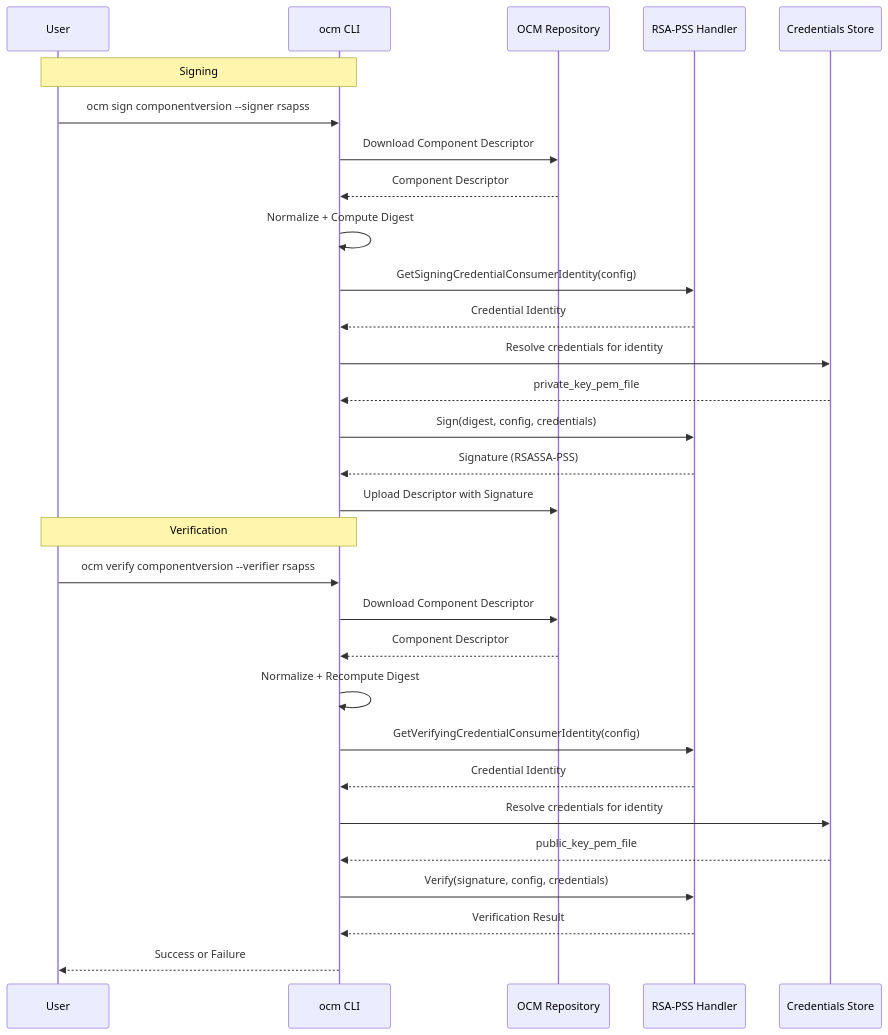
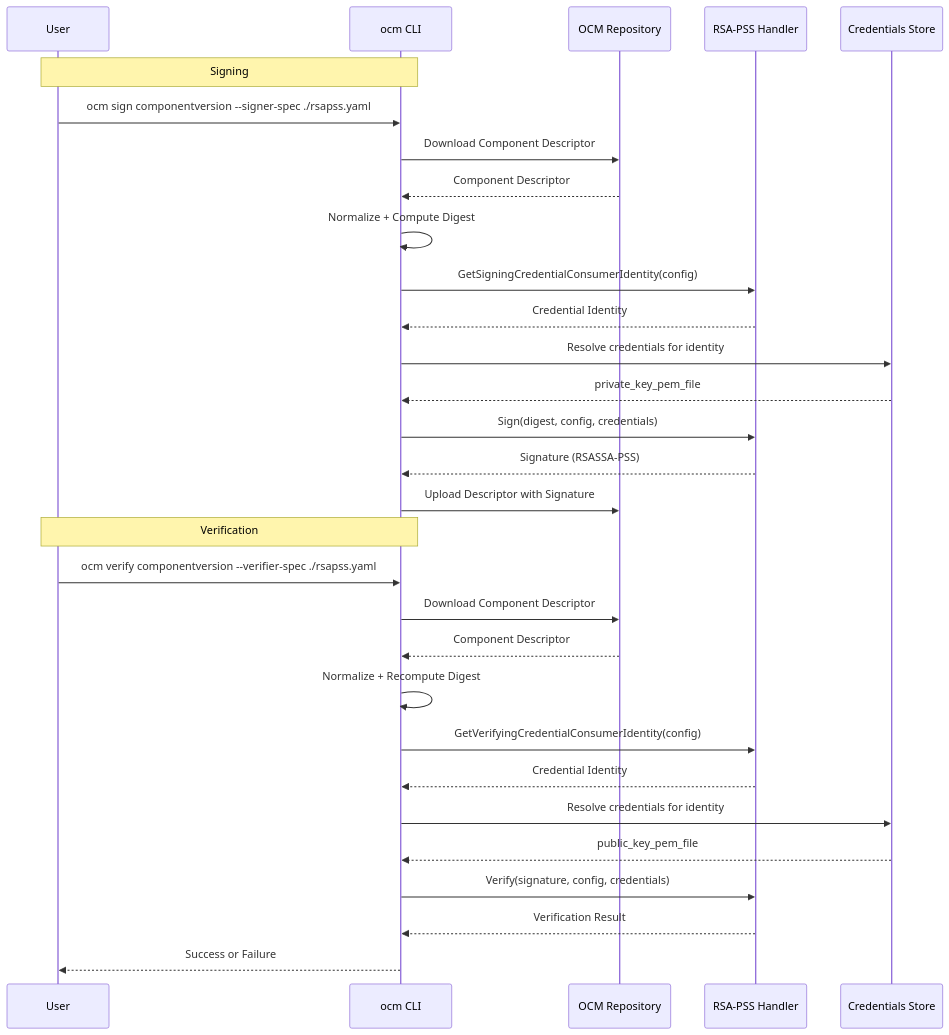
One commit to open-component-model/open-component-model changed the second of 3 diagrams in docs/adr/0008_signing_verification.md. Above: the diagram before and after it, drawn with Mermaid. The commit also changed other lines of this file, not shown here.

````diff
--- a/docs/adr/0008_signing_verification.md
+++ b/docs/adr/0008_signing_verification.md
@@ -265,35 +265,35 @@
 ```mermaid
 sequenceDiagram
     participant U as User
     participant CLI as ocm CLI
     participant Repo as OCM Repository
     participant Handler as RSA-PSS Handler
     participant Creds as Credentials Store
 
     Note over U,CLI: Signing
-    U->>CLI: ocm sign componentversion --signer rsapss
+    U->>CLI: ocm sign componentversion --signer-spec ./rsapss.yaml
     CLI->>Repo: Download Component Descriptor
     Repo-->>CLI: Component Descriptor
     CLI->>CLI: Normalize + Compute Digest
     CLI->>Handler: GetSigningCredentialConsumerIdentity(config)
     Handler-->>CLI: Credential Identity
     CLI->>Creds: Resolve credentials for identity
     Creds-->>CLI: private_key_pem_file
     CLI->>Handler: Sign(digest, config, credentials)
     Handler-->>CLI: Signature (RSASSA-PSS)
     CLI->>Repo: Upload Descriptor with Signature
 
     Note over U,CLI: Verification
-    U->>CLI: ocm verify componentversion --verifier rsapss
+    U->>CLI: ocm verify componentversion --verifier-spec ./rsapss.yaml
     CLI->>Repo: Download Component Descriptor
     Repo-->>CLI: Component Descriptor
     CLI->>CLI: Normalize + Recompute Digest
     CLI->>Handler: GetVerifyingCredentialConsumerIdentity(config)
     Handler-->>CLI: Credential Identity
     CLI->>Creds: Resolve credentials for identity
     Creds-->>CLI: public_key_pem_file
     CLI->>Handler: Verify(signature, config, credentials)
     Handler-->>CLI: Verification Result
     CLI-->>U: Success or Failure
 
 ```
````
